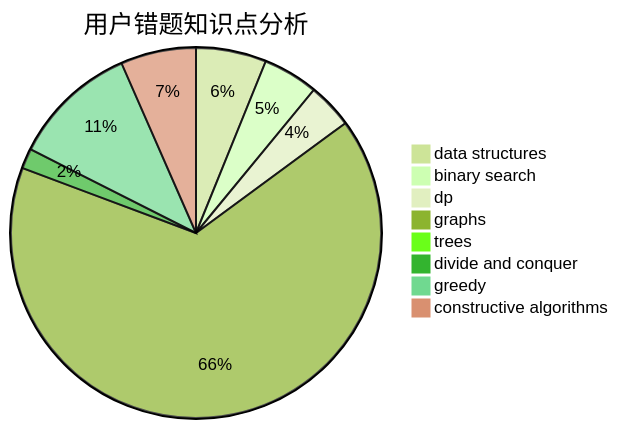
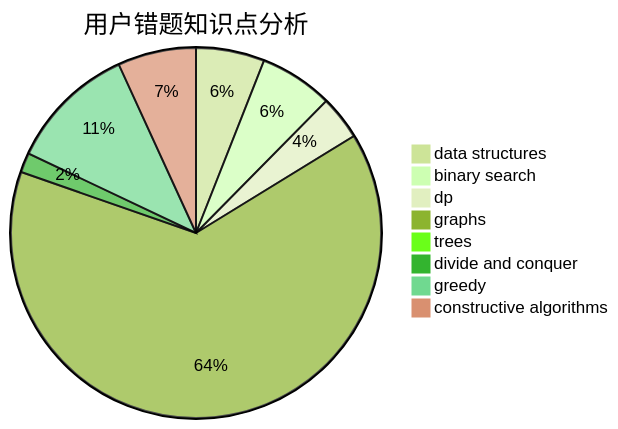
One commit to sherpahu/cfrs.github.io changed the third of 3 diagrams in docs/user/u1766.md. Above: the diagram before and after it, drawn with Mermaid (forest theme). The commit also changed other lines of this file and 2770 other files, not shown here.

````diff
--- a/docs/user/u1766.md
+++ b/docs/user/u1766.md
@@ -36,11 +36,11 @@
 ```mermaid
 pie title 用户错题知识点分析
     "data structures" :  14
-    "binary search" :  11
+    "binary search" :  15
     "dp" :  9
     "graphs" :  150
     "trees" :  0
     "divide and conquer" :  4
-    "greedy" :  25
-    "constructive algorithms" :  15
+    "greedy" :  26
+    "constructive algorithms" :  16
 ```
````
